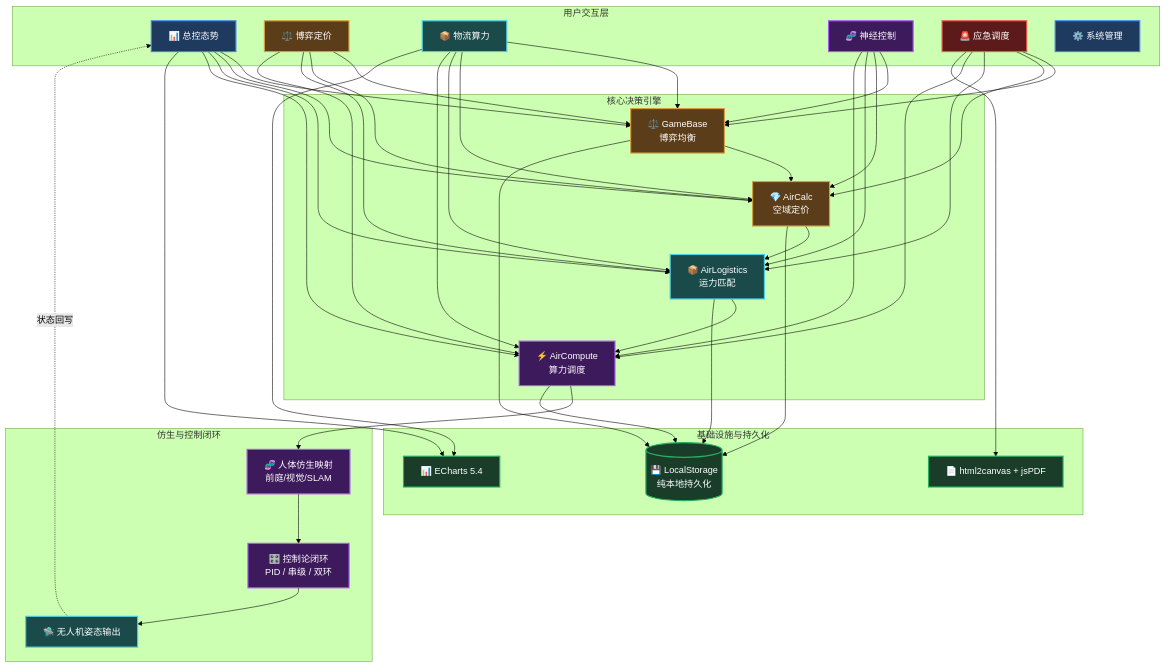
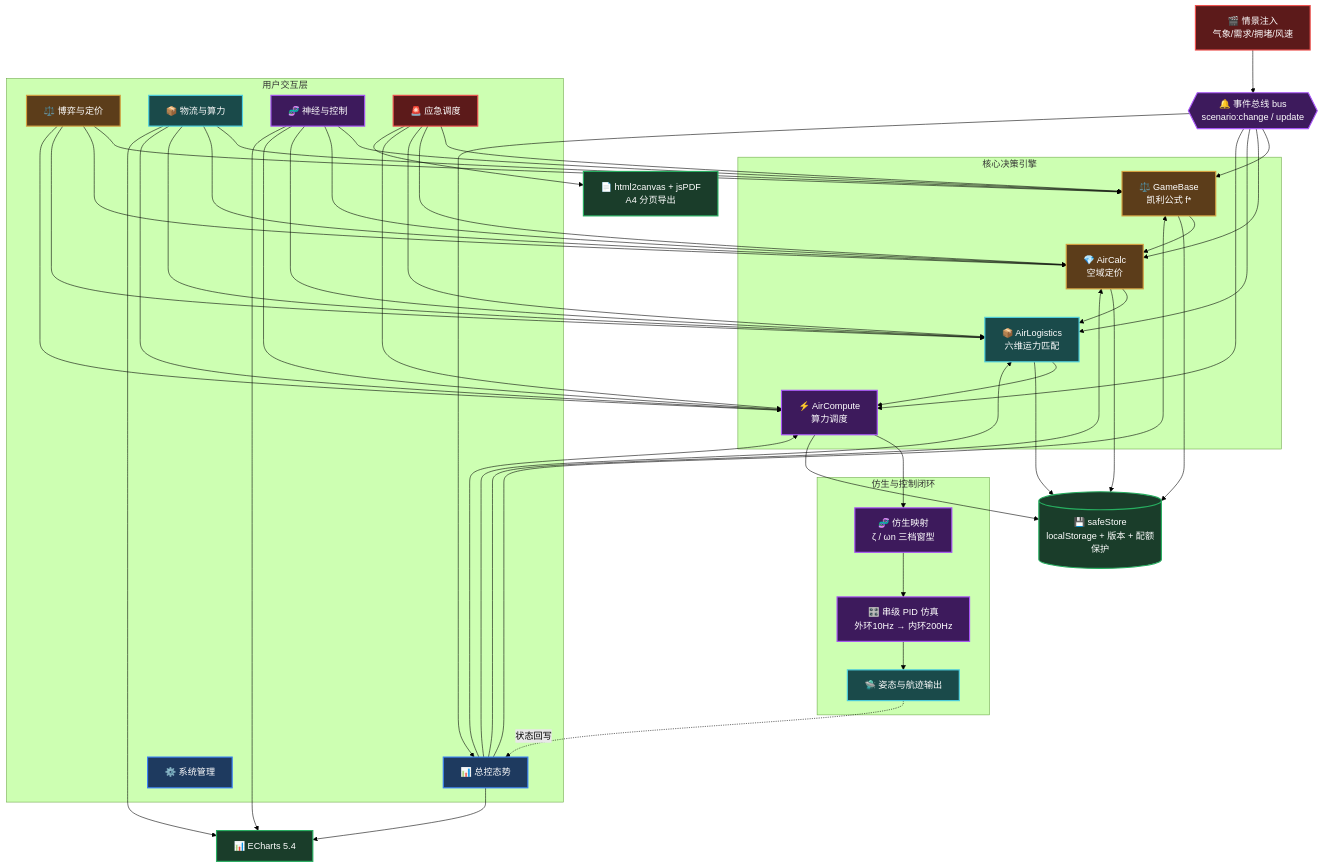
Before and after one commit to HelloMInd-star/airmind-os: the diagram in README.md, drawn with Mermaid (forest theme). The commit also changed other lines of this file and 5 other files, not shown here.

````diff
--- a/README.md
+++ b/README.md
@@ -84,47 +228,49 @@
 ```mermaid
 flowchart TD
-    %% 定义层级配色
     classDef ui fill:#1e3a5f,stroke:#3b82f6,color:#fff,stroke-width:2px;
     classDef gold fill:#5c3d1a,stroke:#d4a040,color:#fff,stroke-width:2px;
     classDef cyan fill:#1a4a4a,stroke:#4dd0e1,color:#fff,stroke-width:2px;
     classDef purple fill:#3d1a5c,stroke:#a855f7,color:#fff,stroke-width:2px;
     classDef red fill:#5c1a1a,stroke:#ef5350,color:#fff,stroke-width:2px;
     classDef green fill:#1a3d2a,stroke:#27ae60,color:#fff,stroke-width:2px;
 
+    SCEN["🎬 情景注入<br/>气象/需求/拥堵/风速"]:::red
+
     subgraph 用户交互层
         T1[📊 总控态势]:::ui
-        T2[⚖️ 博弈定价]:::gold
-        T3[📦 物流算力]:::cyan
-        T4[🧬 神经控制]:::purple
+        T2[⚖️ 博弈与定价]:::gold
+        T3[📦 物流与算力]:::cyan
+        T4[🧬 神经与控制]:::purple
         T5[🚨 应急调度]:::red
         T6[⚙️ 系统管理]:::ui
     end
 
     subgraph 核心决策引擎
-        G[⚖️ GameBase<br>博弈均衡]:::gold
-        A[💎 AirCalc<br>空域定价]:::gold
-        L[📦 AirLogistics<br>运力匹配]:::cyan
-        C[⚡ AirCompute<br>算力调度]:::purple
+        G[⚖️ GameBase<br/>凯利公式 f*]:::gold
+        A[💎 AirCalc<br/>空域定价]:::gold
+        L[📦 AirLogistics<br/>六维运力匹配]:::cyan
+        C[⚡ AirCompute<br/>算力调度]:::purple
     end
 
+    BUS{{"🔔 事件总线 bus<br/>scenario:change / update"}}:::purple
+    STORE[("💾 safeStore<br/>localStorage + 版本 + 配额保护")]:::green
+
     subgraph 仿生与控制闭环
-        BIO[🧬 人体仿生映射<br>前庭/视觉/SLAM]:::purple
-        PID[🎛️ 控制论闭环<br>PID / 串级 / 双环]:::purple
-        UAV[🛸 无人机姿态输出]:::cyan
+        BIO[🧬 仿生映射<br/>ζ / ωn 三档窗型]:::purple
+        PID[🎛️ 串级 PID 仿真<br/>外环10Hz → 内环200Hz]:::purple
+        UAV[🛸 姿态与航迹输出]:::cyan
     end
 
-    subgraph 基础设施与持久化
-        STORE[(💾 LocalStorage<br>纯本地持久化)]:::green
-        ECHARTS[📊 ECharts 5.4]:::green
-        EXPORT[📄 html2canvas + jsPDF]:::green
-    end
+    ECHARTS[📊 ECharts 5.4]:::green
+    EXPORT[📄 html2canvas + jsPDF<br/>A4 分页导出]:::green
 
-    %% 数据流向
+    SCEN --> BUS
+    BUS --> G & A & L & C & T1
     T1 & T2 & T3 & T4 & T5 --> G & A & L & C
     G --> A --> L --> C
     C --> BIO --> PID --> UAV
     UAV -.->|状态回写| T1
     G & A & L & C --> STORE
     T5 --> EXPORT
-    T1 & T3 --> ECHARTS
+    T1 & T3 & T4 --> ECHARTS
 ```
````
